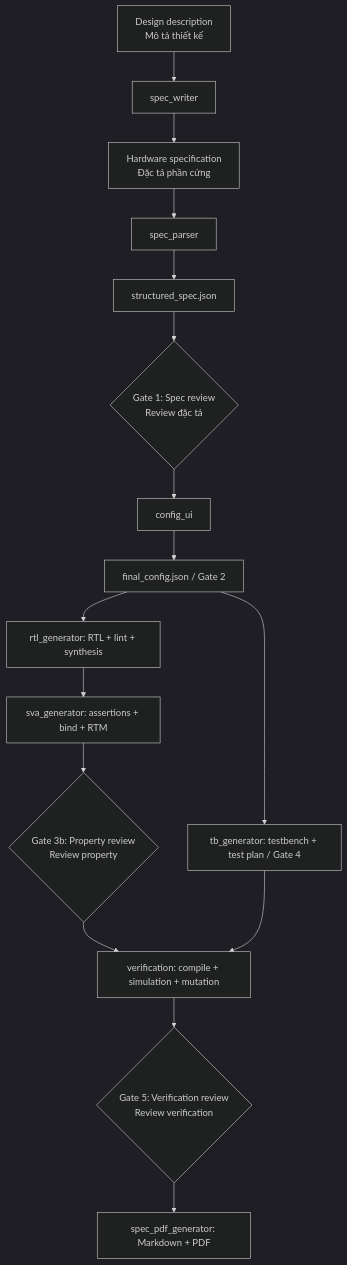
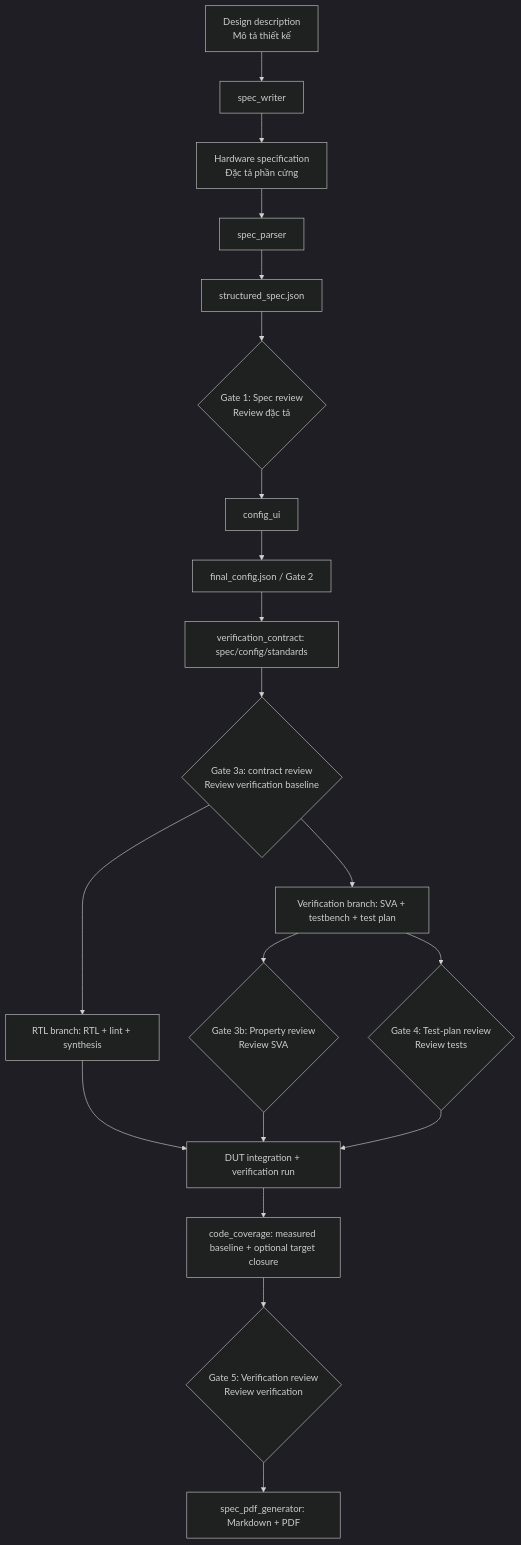
Before and after one commit to nguyenquanicd/VLSIT_RTL_Generator_AI_Flow: the diagram in README.md, drawn with Mermaid (dark theme). The commit also changed other lines of this file and 60 other files, not shown here.

Commit message:
Change the Ai flow to make the RTL generation and verification independently.

```diff
--- a/README.md
+++ b/README.md
@@ -47,18 +51,22 @@
 ~~~mermaid
 flowchart TD
     U["Design description<br/>Mô tả thiết kế"] --> W[spec_writer]
     W --> S["Hardware specification<br/>Đặc tả phần cứng"]
     S --> P[spec_parser]
     P --> R[structured_spec.json]
     R --> G1{"Gate 1: Spec review<br/>Review đặc tả"}
     G1 --> C[config_ui]
     C --> F["final_config.json / Gate 2"]
-    F --> RTL["rtl_generator: RTL + lint + synthesis"]
-    F --> TB["tb_generator: testbench + test plan / Gate 4"]
-    RTL --> A["sva_generator: assertions + bind + RTM"]
-    A --> G3{"Gate 3b: Property review<br/>Review property"}
-    G3 --> V["verification: compile + simulation + mutation"]
-    TB --> V
-    V --> G5{"Gate 5: Verification review<br/>Review verification"}
+    F --> VC["verification_contract: spec/config/standards"]
+    VC --> G3A{"Gate 3a: contract review<br/>Review verification baseline"}
+    G3A --> RTL["RTL branch: RTL + lint + synthesis"]
+    G3A --> A["Verification branch: SVA + testbench + test plan"]
+    A --> G3B{"Gate 3b: Property review<br/>Review SVA"}
+    A --> G4{"Gate 4: Test-plan review<br/>Review tests"}
+    RTL --> V["DUT integration + verification run"]
+    G3B --> V
+    G4 --> V
+    V --> CC["code_coverage: measured baseline + optional target closure"]
+    CC --> G5{"Gate 5: Verification review<br/>Review verification"}
     G5 --> D["spec_pdf_generator: Markdown + PDF"]
 ~~~
```
